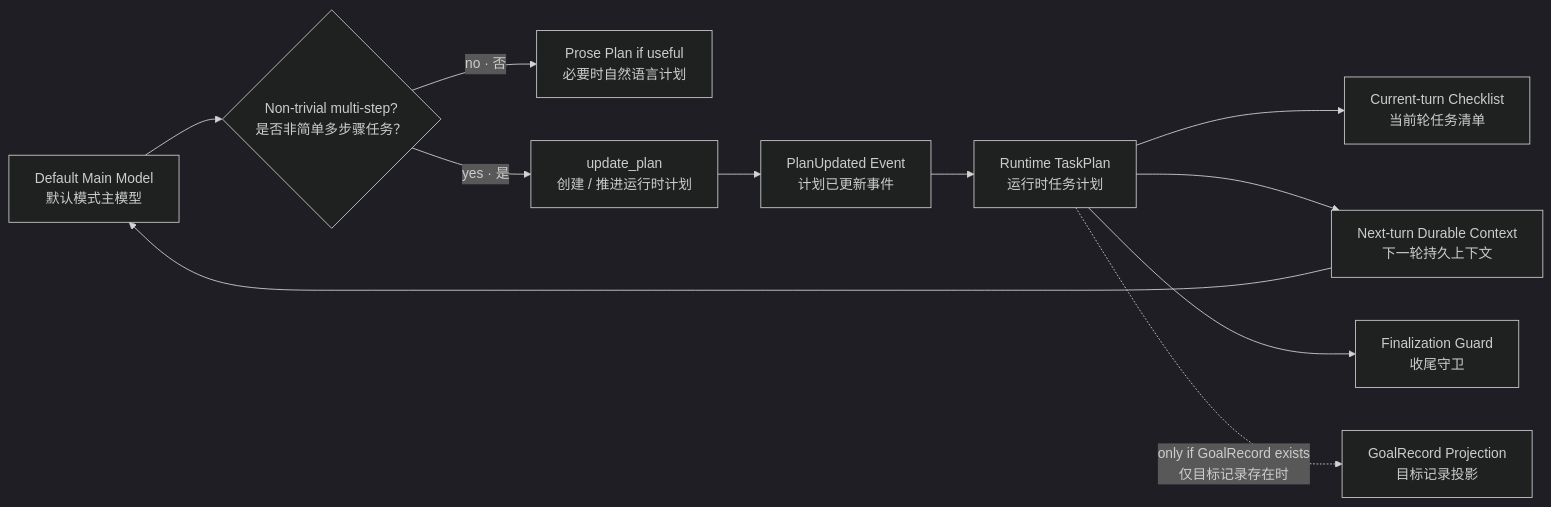
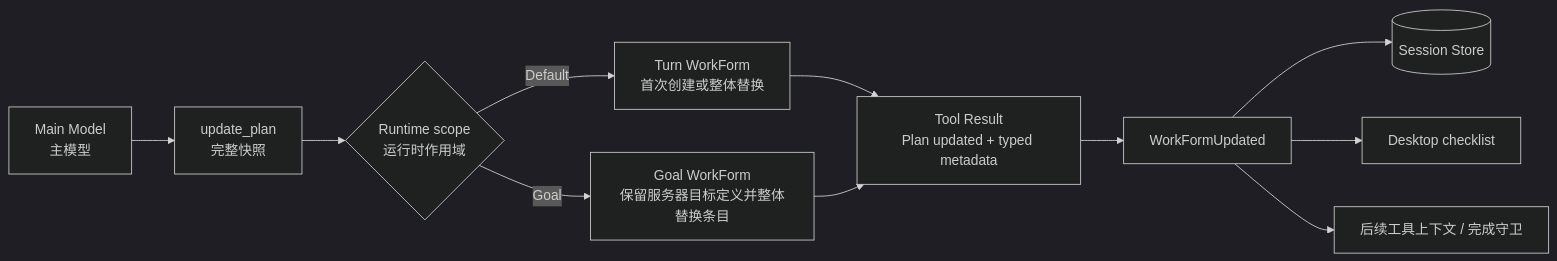
One commit to StagoMax/OpenTopia changed the diagram in docs/planning-tools-architecture-current.md. Above: the diagram before and after it, drawn with Mermaid (dark theme). The commit also changed other lines of this file and 29 other files, not shown here.

````diff
--- a/docs/planning-tools-architecture-current.md
+++ b/docs/planning-tools-architecture-current.md
@@ -122,21 +41,22 @@
 ```mermaid
 flowchart LR
-    A["Default Main Model<br/>默认模式主模型"]
-    COMPLEX{"Non-trivial multi-step?<br/>是否非简单多步骤任务？"}
-    TEXT["Prose Plan if useful<br/>必要时自然语言计划"]
-    UPDATE["update_plan<br/>创建 / 推进运行时计划"]
-    EVENT["PlanUpdated Event<br/>计划已更新事件"]
-    RUNTIME["Runtime TaskPlan<br/>运行时任务计划"]
-    UI["Current-turn Checklist<br/>当前轮任务清单"]
-    CONTEXT["Next-turn Durable Context<br/>下一轮持久上下文"]
-    GUARD["Finalization Guard<br/>收尾守卫"]
-    GOAL["GoalRecord Projection<br/>目标记录投影"]
+    MODEL["Main Model<br/>主模型"]
+    TOOL["update_plan<br/>完整快照"]
+    SCOPE{"Runtime scope<br/>运行时作用域"}
+    TURN["Turn WorkForm<br/>首次创建或整体替换"]
+    GOAL["Goal WorkForm<br/>保留服务器目标定义并整体替换条目"]
+    RESULT["Tool Result<br/>Plan updated + typed metadata"]
+    EVENT["WorkFormUpdated"]
+    STORE[("Session Store")]
+    UI["Desktop checklist"]
+    NEXT["后续工具上下文 / 完成守卫"]
 
-    A --> COMPLEX
-    COMPLEX -->|"no · 否"| TEXT
-    COMPLEX -->|"yes · 是"| UPDATE --> EVENT --> RUNTIME
-    RUNTIME --> UI
-    RUNTIME --> CONTEXT --> A
-    RUNTIME --> GUARD
-    RUNTIME -.->|"only if GoalRecord exists<br/>仅目标记录存在时"| GOAL
+    MODEL --> TOOL --> SCOPE
+    SCOPE -->|Default| TURN
+    SCOPE -->|Goal| GOAL
+    TURN --> RESULT
+    GOAL --> RESULT
+    RESULT --> EVENT --> STORE
+    EVENT --> UI
+    EVENT --> NEXT
 ```
````
